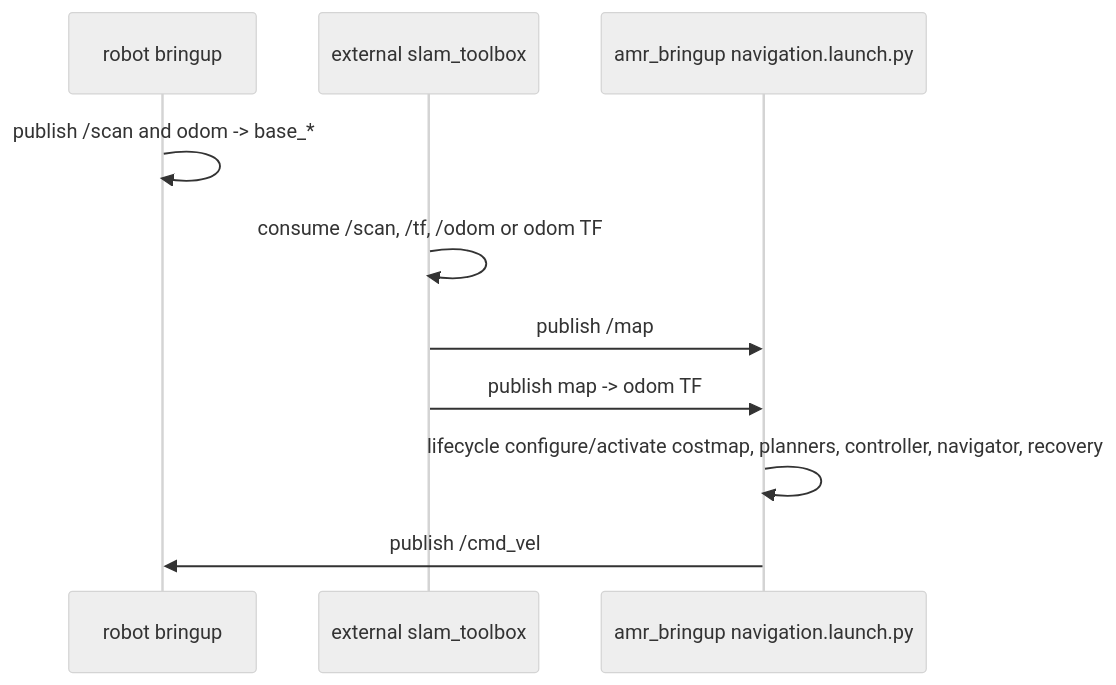
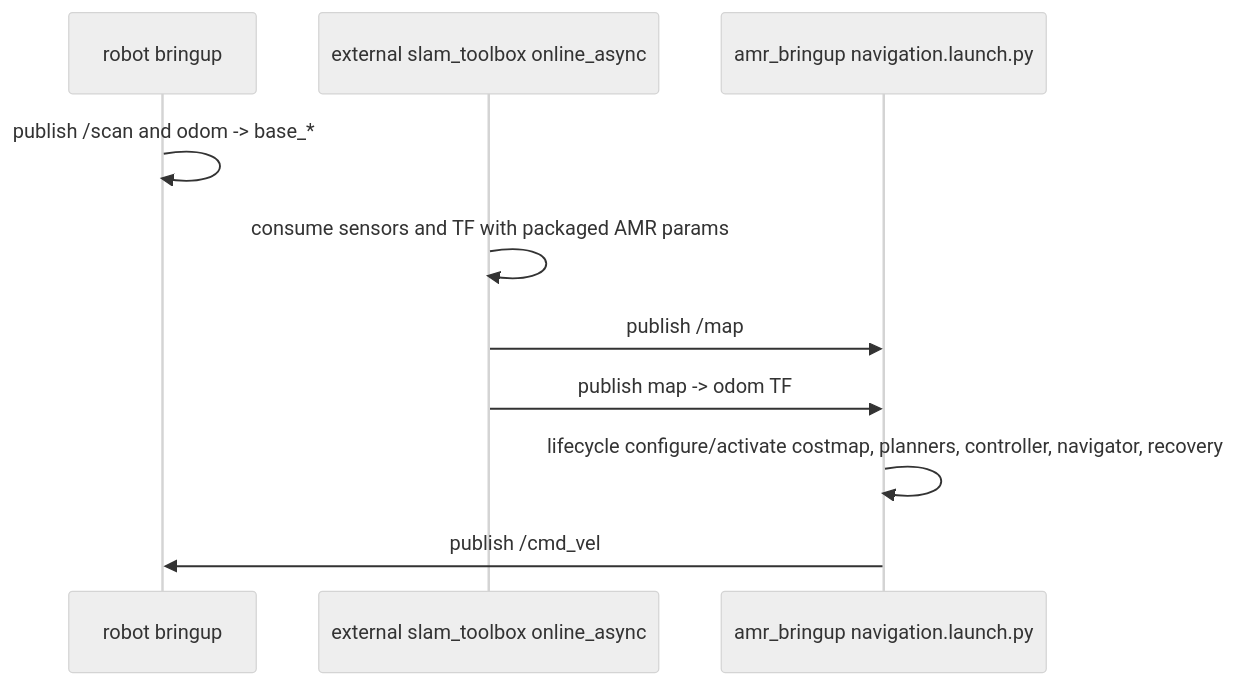
One commit to reidlo5135/ros-amr-navigation changed the third of 4 diagrams in DIAGRAMS.md. Above: the diagram before and after it, drawn with Mermaid (neutral theme). The commit also changed other lines of this file and 9 other files, not shown here.

Commit message:
docs: update slam toolbox navigation contract

````diff
--- a/DIAGRAMS.md
+++ b/DIAGRAMS.md
@@ -74,13 +74,13 @@
 ```mermaid
 sequenceDiagram
     participant Robot as robot bringup
-    participant Slam as external slam_toolbox
+    participant Slam as external slam_toolbox online_async
     participant Nav as amr_bringup navigation.launch.py
 
     Robot->>Robot: publish /scan and odom -> base_*
-    Slam->>Slam: consume /scan, /tf, /odom or odom TF
+    Slam->>Slam: consume sensors and TF with packaged AMR params
     Slam->>Nav: publish /map
     Slam->>Nav: publish map -> odom TF
     Nav->>Nav: lifecycle configure/activate costmap, planners, controller, navigator, recovery
     Nav->>Robot: publish /cmd_vel
 ```
````
